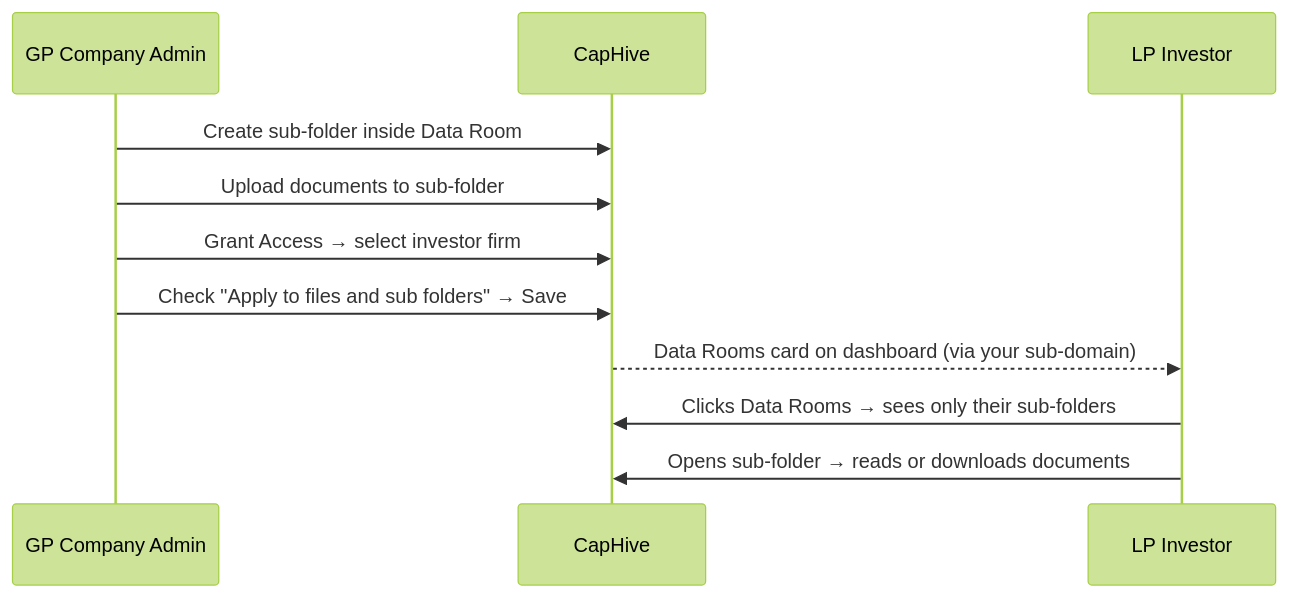
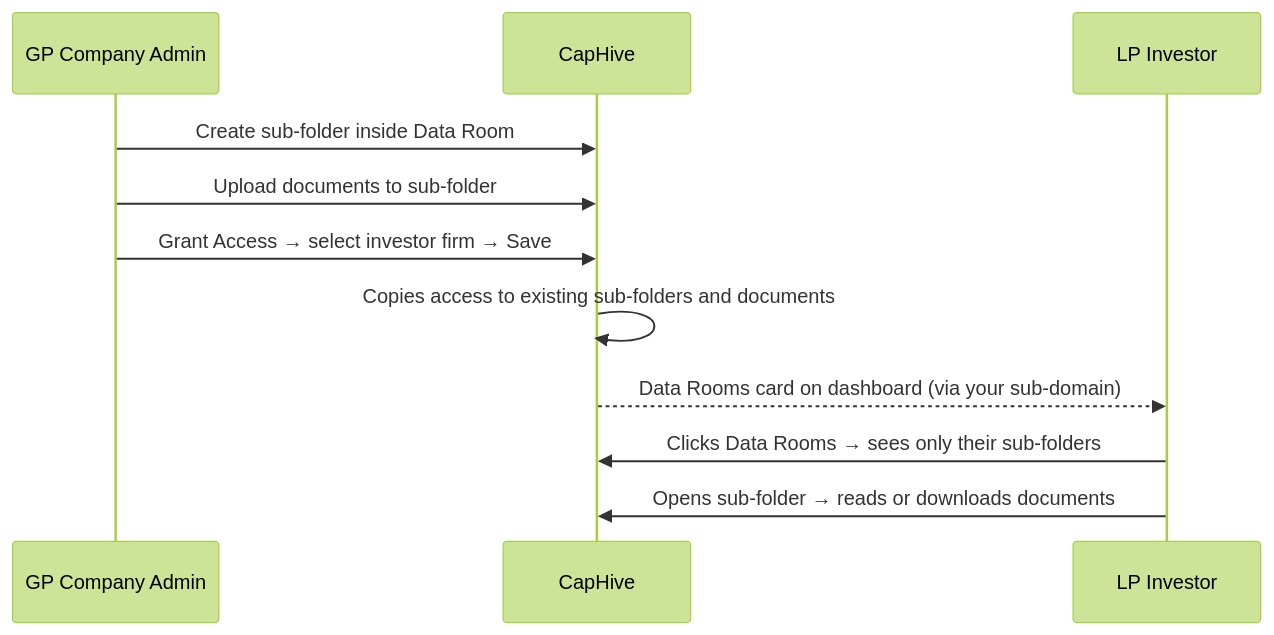
Before and after one commit to sampadadiwan/IRM_CompanyMain: the first of 3 diagrams in docs/user_guides/data_rooms_gp_user_guide.md, drawn with Mermaid (forest theme). The commit also changed other lines of this file and 8 other files, not shown here.

````diff
--- a/docs/user_guides/data_rooms_gp_user_guide.md
+++ b/docs/user_guides/data_rooms_gp_user_guide.md
@@ -50,14 +50,14 @@
 ```mermaid
 sequenceDiagram
     participant Admin as GP Company Admin
     participant Platform as CapHive
     participant LP as LP Investor
 
     Admin->>Platform: Create sub-folder inside Data Room
     Admin->>Platform: Upload documents to sub-folder
-    Admin->>Platform: Grant Access → select investor firm
-    Admin->>Platform: Check "Apply to files and sub folders" → Save
+    Admin->>Platform: Grant Access → select investor firm → Save
+    Platform->>Platform: Copies access to existing sub-folders and documents
     Platform-->>LP: Data Rooms card on dashboard (via your sub-domain)
     LP->>Platform: Clicks Data Rooms → sees only their sub-folders
     LP->>Platform: Opens sub-folder → reads or downloads documents
 ```
````
